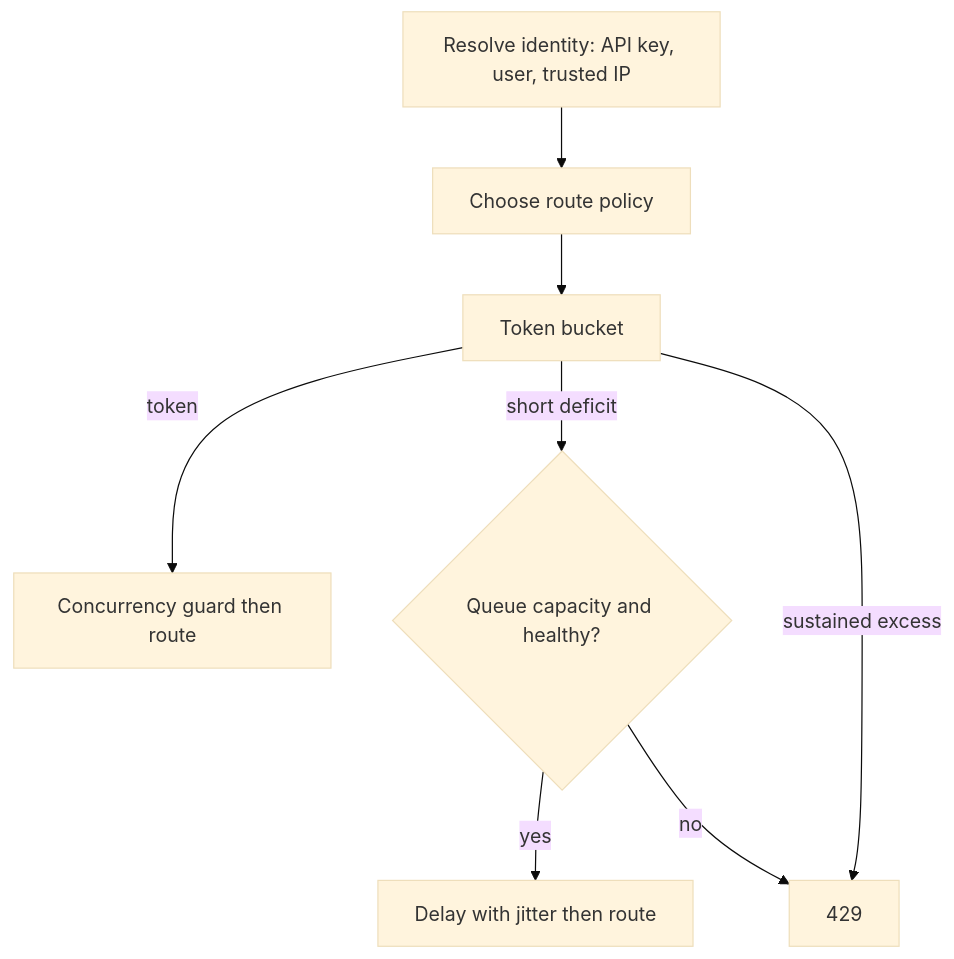
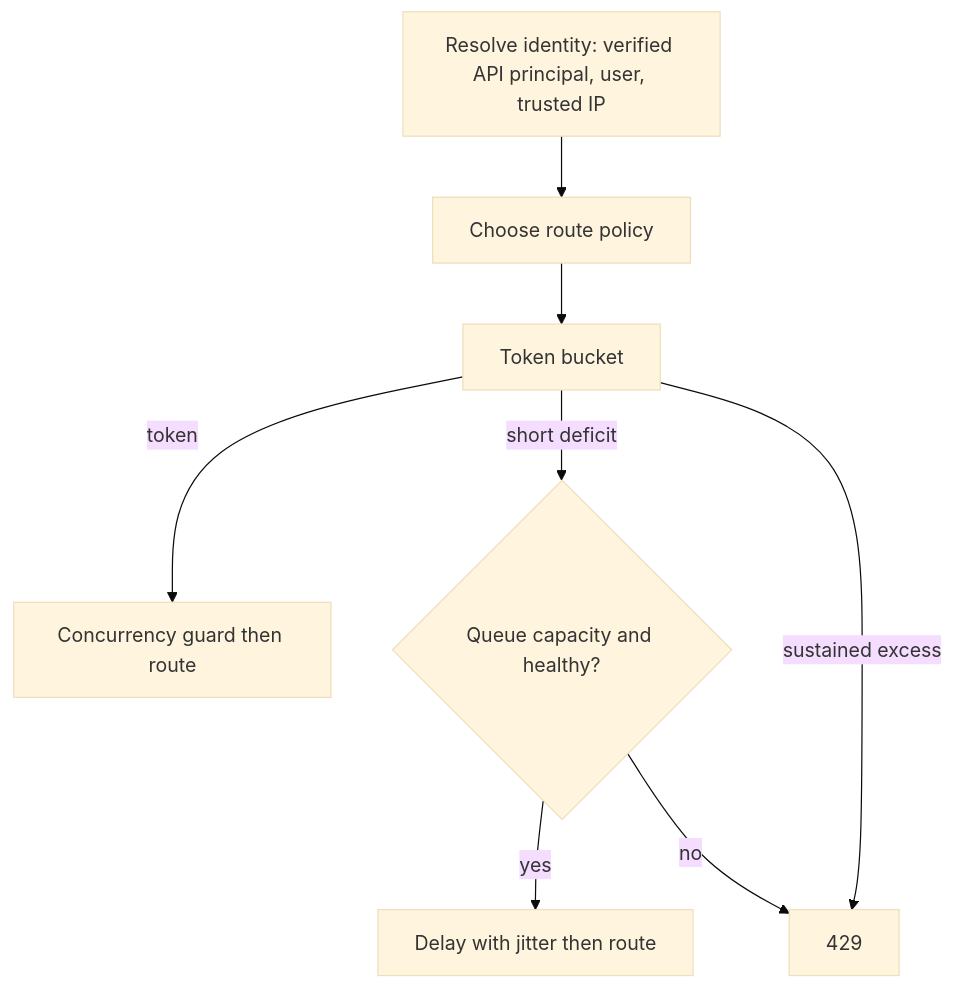
Before and after one commit to renjiexpongcol/better-getafe: the second of 2 diagrams in docs/DDOS_PROTECTION.md, drawn with Mermaid (base theme). The commit also changed other lines of this file and 213 other files, not shown here.

````diff
--- a/docs/DDOS_PROTECTION.md
+++ b/docs/DDOS_PROTECTION.md
@@ -16,10 +16,10 @@
 ```mermaid
 flowchart TD
-  I[Resolve identity: API key, user, trusted IP] --> C[Choose route policy]
+  I[Resolve identity: verified API principal, user, trusted IP] --> C[Choose route policy]
   C --> T[Token bucket]
   T -->|token| N[Concurrency guard then route]
   T -->|short deficit| Q{Queue capacity and healthy?}
   Q -->|yes| D[Delay with jitter then route]
   Q -->|no| R[429]
   T -->|sustained excess| R
 ```
````
